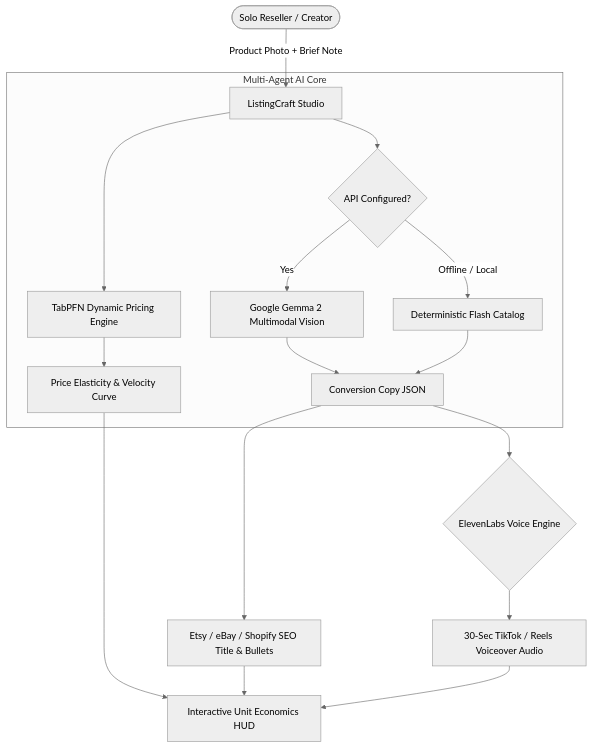
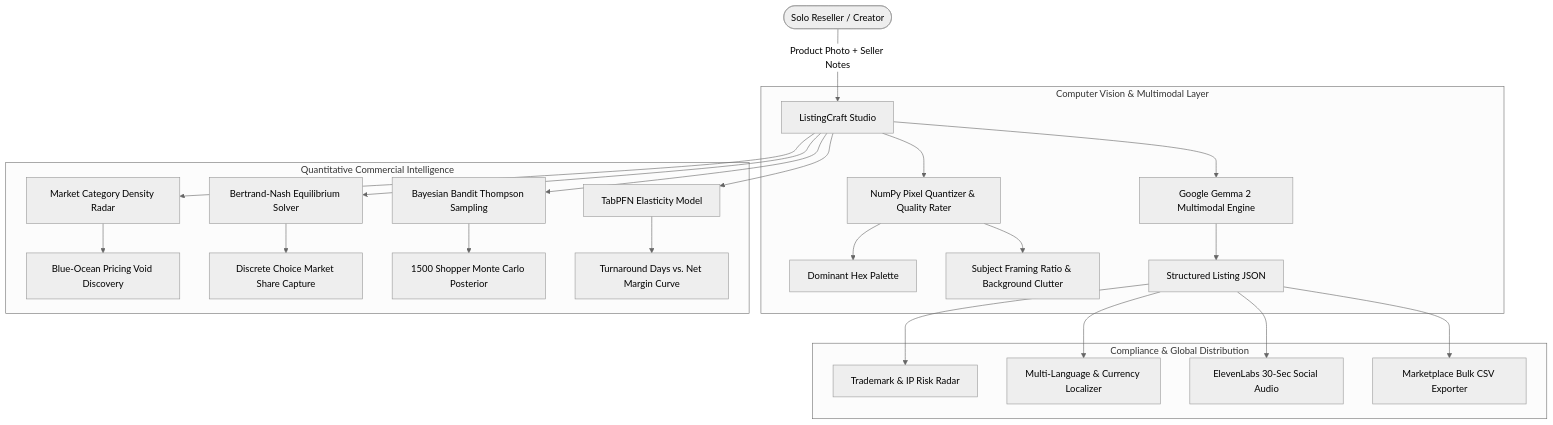
One commit to Hao610/listingcraft-gemma changed the diagram in README.md. Above: the diagram before and after it, drawn with Mermaid (neutral theme). The commit also changed other lines of this file, not shown here.

Commit message:
docs: upgrade README.md to world-class architectural and mathematical standard

````diff
--- a/README.md
+++ b/README.md
@@ -37,24 +46,30 @@
 ```mermaid
 flowchart TD
-    User([Solo Reseller / Creator]) -->|Product Photo + Brief Note| Input[ListingCraft Studio]
+    User([Solo Reseller / Creator]) -->|Product Photo + Seller Notes| Input[ListingCraft Studio]
     
-    subgraph Multi-Agent AI Core
-        Input --> Router{API Configured?}
-        Router -->|Yes| G2[Google Gemma 2 Multimodal Vision]
-        Router -->|Offline / Local| Fallback[Deterministic Flash Catalog]
-        
-        Input --> TabPFN[TabPFN Dynamic Pricing Engine]
-        TabPFN --> Curves[Price Elasticity & Velocity Curve]
-        
-        G2 --> Schema[Conversion Copy JSON]
-        Fallback --> Schema
+    subgraph Computer Vision & Multimodal Layer
+        Input --> CV[NumPy Pixel Quantizer & Quality Rater]
+        CV --> Color[Dominant Hex Palette]
+        CV --> Frame[Subject Framing Ratio & Background Clutter]
+        Input --> G2[Google Gemma 2 Multimodal Engine]
+        G2 --> Schema[Structured Listing JSON]
     end
     
-    Schema --> SEO[Etsy / eBay / Shopify SEO Title & Bullets]
-    Schema --> TTS{ElevenLabs Voice Engine}
-    TTS --> Video[30-Sec TikTok / Reels Voiceover Audio]
-    
-    Curves --> Dashboard[Interactive Unit Economics HUD]
-    SEO --> Dashboard
-    Video --> Dashboard
+    subgraph Quantitative Commercial Intelligence
+        Input --> Radar[Market Category Density Radar]
+        Radar --> Void[Blue-Ocean Pricing Void Discovery]
+        Input --> Nash[Bertrand-Nash Equilibrium Solver]
+        Nash --> Equil[Discrete Choice Market Share Capture]
+        Input --> Bandit[Bayesian Bandit Thompson Sampling]
+        Bandit --> Poster[1500 Shopper Monte Carlo Posterior]
+        Input --> TabPFN[TabPFN Elasticity Model]
+        TabPFN --> Velocity[Turnaround Days vs. Net Margin Curve]
+    end
+
+    subgraph Compliance & Global Distribution
+        Schema --> Safe[Trademark & IP Risk Radar]
+        Schema --> FX[Multi-Language & Currency Localizer]
+        Schema --> TTS[ElevenLabs 30-Sec Social Audio]
+        Schema --> CSV[Marketplace Bulk CSV Exporter]
+    end
 ```
````
